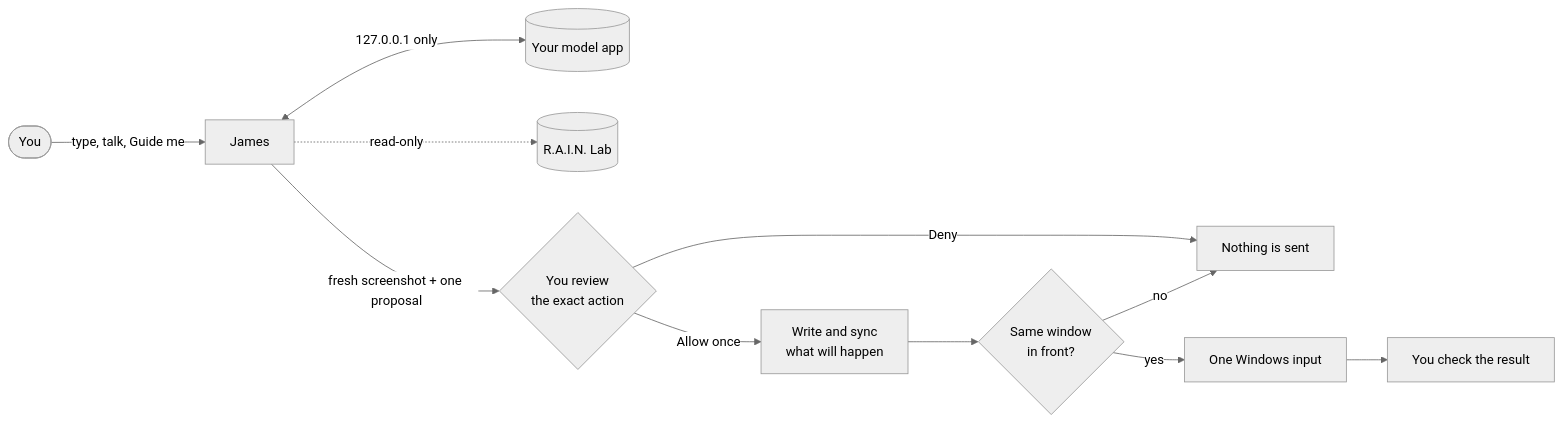
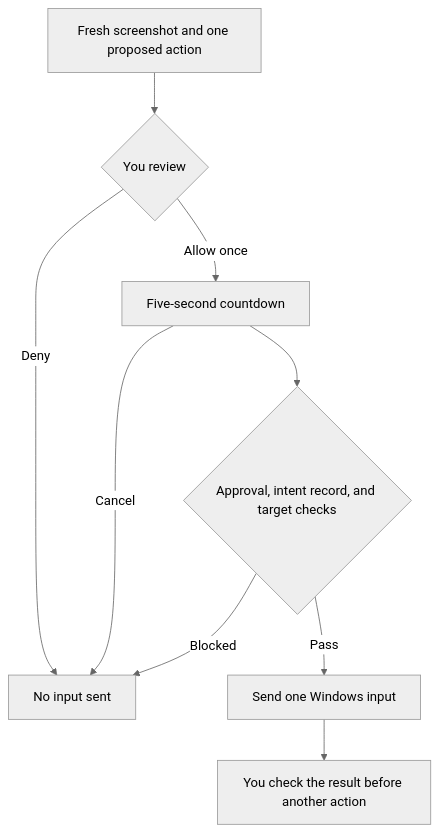
The diagram in README.md (topherchris420/james), drawn with Mermaid (neutral theme) before and after one commit. The commit also changed other lines of this file, not shown here.

Commit message:
docs: elevate James README with clearer onboarding and evidence

````diff
--- a/README.md
+++ b/README.md
@@ -156,13 +135,11 @@
 ```mermaid
-flowchart LR
-    you(["You"]) -->|type, talk, Guide me| james["James"]
-    james <-->|"127.0.0.1 only"| model[("Your model app")]
-    james -.->|read-only| lab[("R.A.I.N. Lab")]
-    james -->|"fresh screenshot + one proposal"| review{"You review<br/>the exact action"}
-    review -->|Deny| none["Nothing is sent"]
-    review -->|Allow once| record["Write and sync<br/>what will happen"]
-    record --> check{"Same window<br/>in front?"}
-    check -->|no| none
-    check -->|yes| input["One Windows input"]
-    input --> verify["You check the result"]
+flowchart TD
+    proposal["Fresh screenshot and one proposed action"] --> review{"You review"}
+    review -->|Deny| stopped["No input sent"]
+    review -->|Allow once| countdown["Five-second countdown"]
+    countdown -->|Cancel| stopped
+    countdown --> checks{"Approval, intent record, and target checks"}
+    checks -->|Blocked| stopped
+    checks -->|Pass| input["Send one Windows input"]
+    input --> verify["You check the result before another action"]
 ```
````
